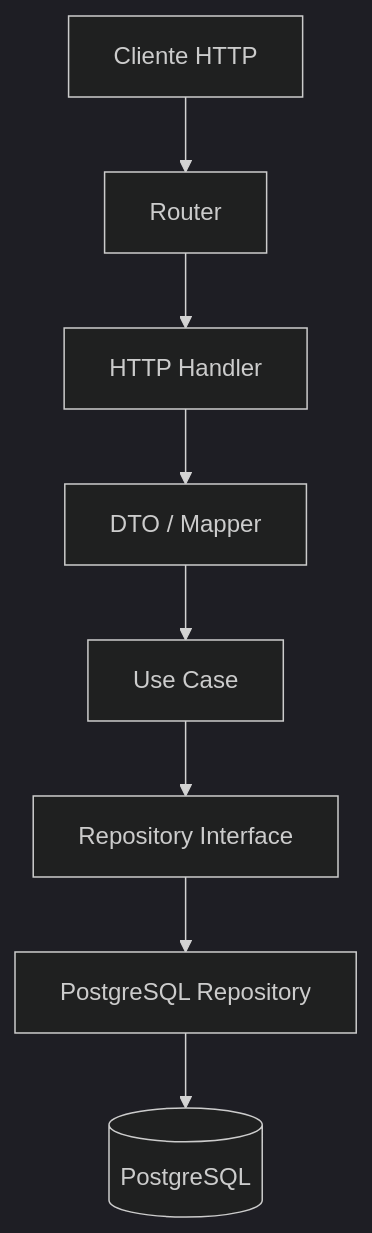
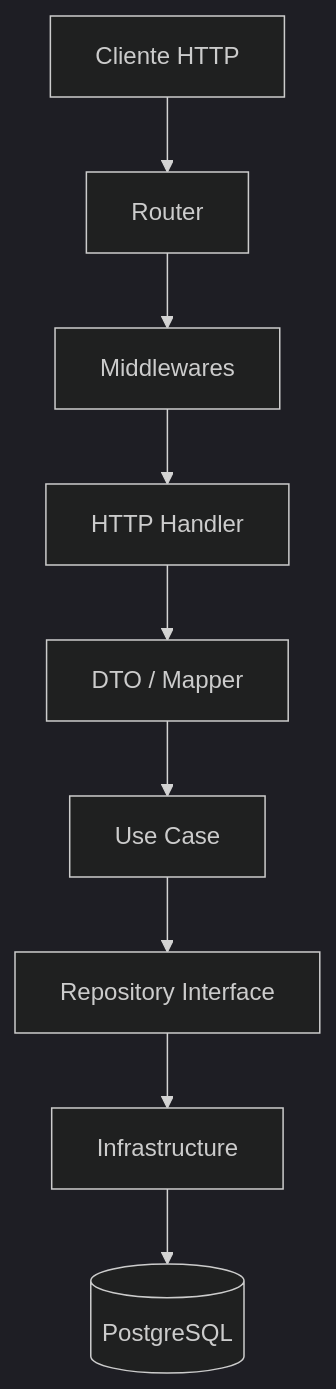
The first of 8 diagrams in orders-api/docs/architecture.md (BiancaSalomao1/desafio-go), drawn with Mermaid (dark theme) before and after one commit. The commit also changed other lines of this file and 16 other files, not shown here.

````diff
--- a/orders-api/docs/architecture.md
+++ b/orders-api/docs/architecture.md
@@ -3,33 +17,30 @@
 ```mermaid
 flowchart TB
 
-Client["Cliente HTTP"]
+    Client["Cliente HTTP"]
 
-Router["Router"]
+    Router["Router"]
 
-Handler["HTTP Handler"]
+    Middleware["Middlewares"]
 
-DTO["DTO / Mapper"]
+    Handler["HTTP Handler"]
 
-UseCase["Use Case"]
+    DTO["DTO / Mapper"]
 
-Repository["Repository Interface"]
+    UseCase["Use Case"]
 
-Postgres["PostgreSQL Repository"]
+    Repository["Repository Interface"]
 
-Database[("PostgreSQL")]
+    Infrastructure["Infrastructure"]
 
-Client --> Router
+    Database[("PostgreSQL")]
 
-Router --> Handler
-
-Handler --> DTO
-
-DTO --> UseCase
-
-UseCase --> Repository
-
-Repository --> Postgres
-
-Postgres --> Database
+    Client --> Router
+    Router --> Middleware
+    Middleware --> Handler
+    Handler --> DTO
+    DTO --> UseCase
+    UseCase --> Repository
+    Repository --> Infrastructure
+    Infrastructure --> Database
 ```
````
